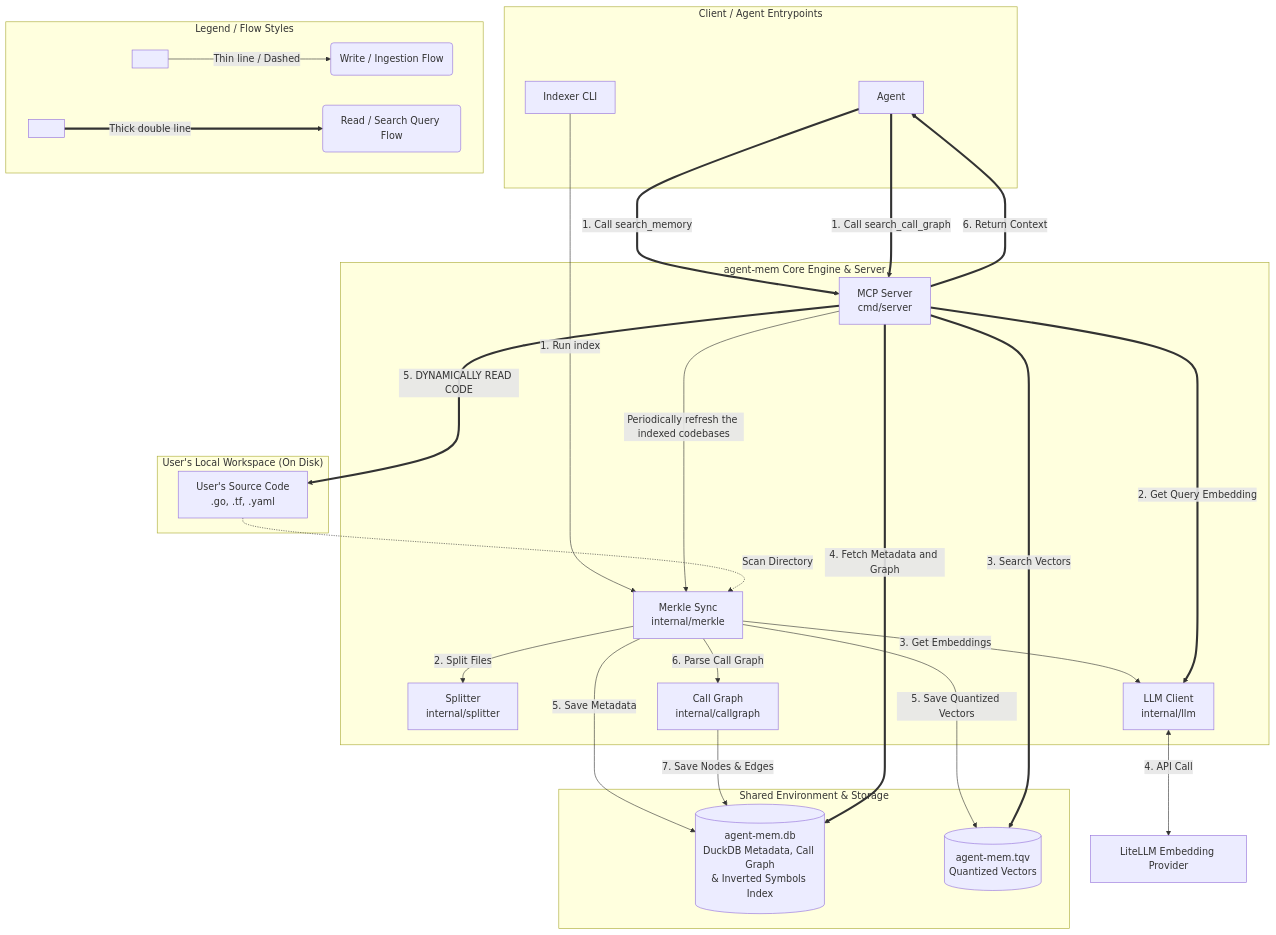
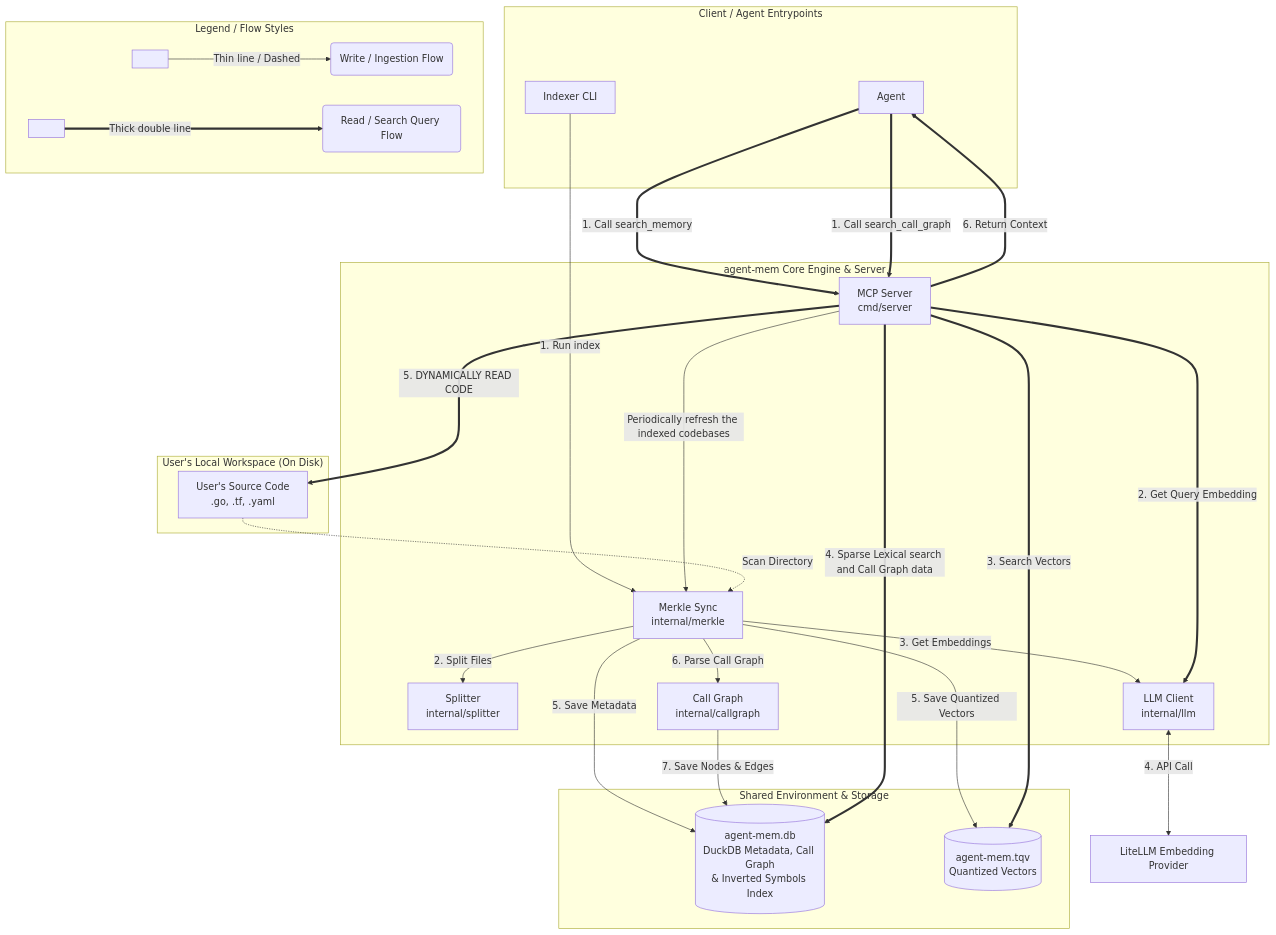
The diagram in README.md (datnguyenzzz/semantic-grep), drawn with Mermaid before and after one commit.

````diff
--- a/README.md
+++ b/README.md
@@ -82,65 +82,65 @@
 ```mermaid
 flowchart TD
     %% Entrypoints & Client
     subgraph Client ["Client / Agent Entrypoints"]
         cli[Agent]
         idx_cli[Indexer CLI]
     end
 
     %% Core Components
     subgraph Core ["agent-mem Core Engine & Server"]
         merkle[Merkle Sync<br/>internal/merkle]
         splitter[Splitter<br/>internal/splitter]
         llm[LLM Client<br/>internal/llm]
         callgraph[Call Graph<br/>internal/callgraph]
         mcp_srv[MCP Server<br/>cmd/server]
     end
 
     %% Shared Environment & Databases
     subgraph Storage ["Shared Environment & Storage"]
         duckdb_file[(agent-mem.db<br/>DuckDB Metadata, Call Graph<br/>& Inverted Symbols Index)]
         tqv_file[(agent-mem.tqv<br/>Quantized Vectors)]
     end
 
     %% User's Environment
     subgraph Workspace ["User's Local Workspace (On Disk)"]
         code_files[User's Source Code<br/>.go, .tf, .yaml]
     end
 
     %% External Provider
     litellm[LiteLLM Embedding Provider]
 
     %% ──────────────────────────────────────────────────────────
     %% WRITE PATH: Indexing & Ingestion (Thin lines / Dashes)
     %% ──────────────────────────────────────────────────────────
     idx_cli -->|1. Run index| merkle
     mcp_srv -->|Periodically refresh the indexed codebases| merkle
     code_files -.->|Scan Directory| merkle
     merkle -->|2. Split Files| splitter
     merkle -->|3. Get Embeddings| llm
     llm <-->|4. API Call| litellm
     merkle -->|5. Save Metadata| duckdb_file
     merkle -->|5. Save Quantized Vectors| tqv_file
     merkle -->|6. Parse Call Graph| callgraph
     callgraph -->|7. Save Nodes & Edges| duckdb_file
 
     %% ──────────────────────────────────────────────────────────
     %% READ PATH: MCP Search & Retrieval (Thick Double Lines)
     %% ──────────────────────────────────────────────────────────
     cli ===>|1. Call search_memory| mcp_srv
     cli ===>|1. Call search_call_graph| mcp_srv
     mcp_srv ===>|2. Get Query Embedding| llm
     mcp_srv ===>|3. Search Vectors| tqv_file
-    mcp_srv ===>|4. Fetch Metadata and Graph| duckdb_file
+    mcp_srv ===>|4. Sparse Lexical search and Call Graph data| duckdb_file
     mcp_srv ===>|5. DYNAMICALLY READ CODE| code_files
     mcp_srv ===>|6. Return Context| cli
 
     %% ──────────────────────────────────────────────────────────
     %% FLOW LEGEND (Self-Explanatory Arrow Styles)
     %% ──────────────────────────────────────────────────────────
     subgraph Legend ["Legend / Flow Styles"]
         direction LR
         style_w[ ] -->|Thin line / Dashed| desc_w(Write / Ingestion Flow)
         style_r[ ] ===>|Thick double line| desc_r(Read / Search Query Flow)
     end
 ```
````
